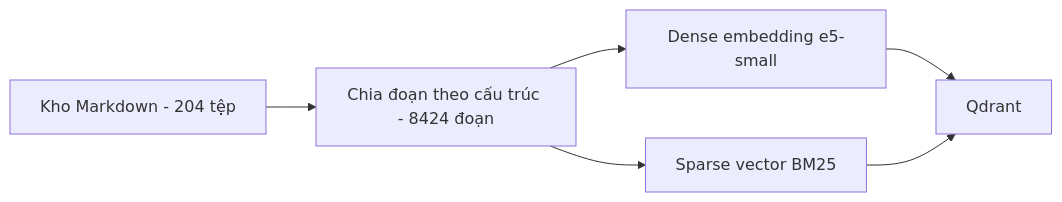
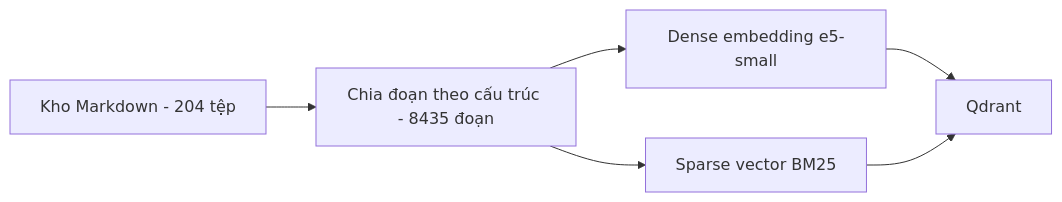
Before and after one commit to Sunny-sunnyy/chatbot-hue: the first of 2 diagrams in README.md, drawn with Mermaid. The commit also changed other lines of this file and 3 other files, not shown here.

````diff
--- a/README.md
+++ b/README.md
@@ -24,8 +40,8 @@
 ```mermaid
 flowchart LR
-    A[Kho Markdown - 204 tệp] --> B[Chia đoạn theo cấu trúc - 8424 đoạn]
+    A[Kho Markdown - 204 tệp] --> B[Chia đoạn theo cấu trúc - 8435 đoạn]
     B --> C[Dense embedding e5-small]
     B --> D[Sparse vector BM25]
     C --> E[Qdrant]
     D --> E
 ```
````
